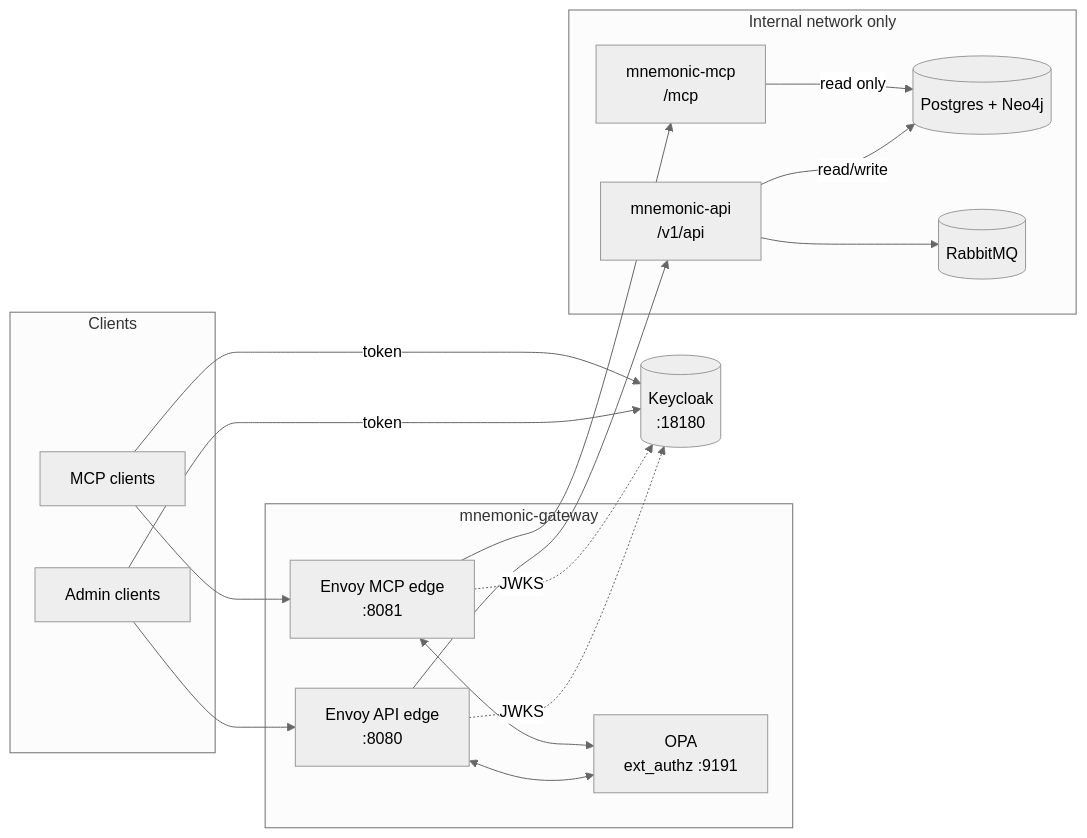
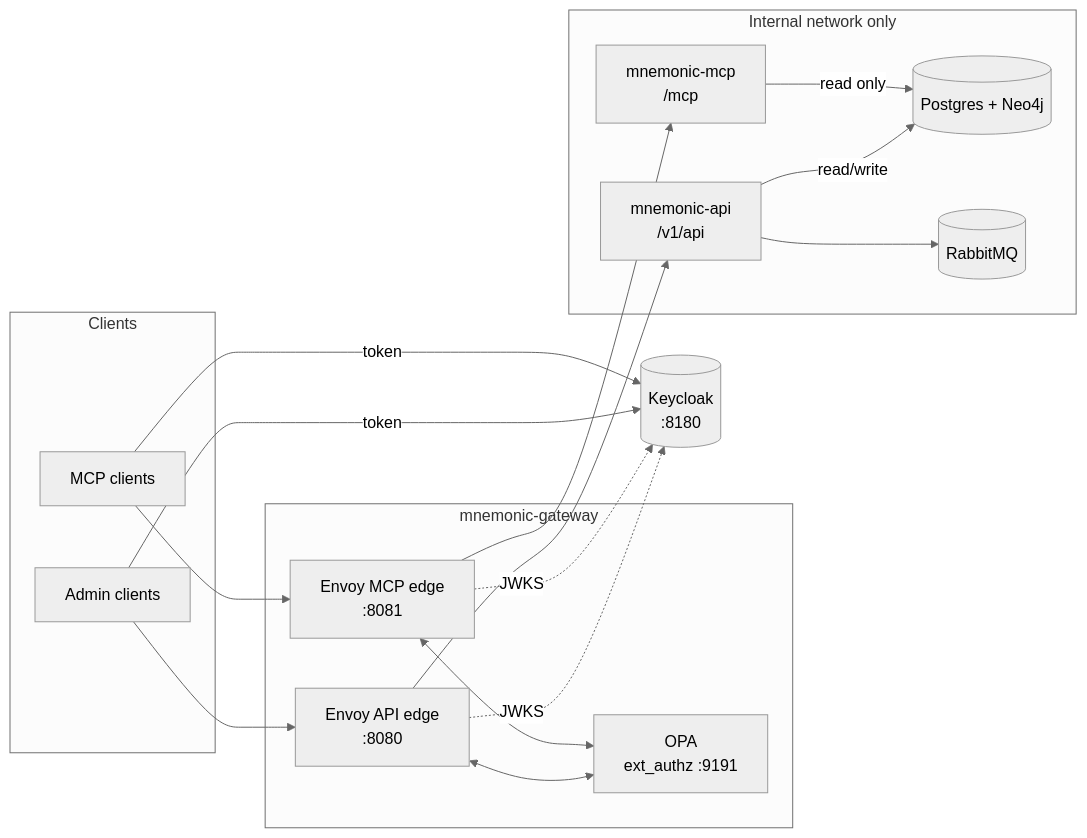
The diagram in gateway/README.md (twistingmercury/mnemonic), drawn with Mermaid (neutral theme) before and after one commit. The commit also changed other lines of this file and 6 other files, not shown here.

````diff
--- a/gateway/README.md
+++ b/gateway/README.md
@@ -9,32 +9,32 @@
 ```mermaid
 flowchart LR
   subgraph clients[Clients]
     mc[MCP clients]
     ac[Admin clients]
   end
-  kc[(Keycloak<br/>:18180)]
+  kc[(Keycloak<br/>:8180)]
   subgraph gw[mnemonic-gateway]
     em[Envoy MCP edge<br/>:8081]
     ea[Envoy API edge<br/>:8080]
     opa[OPA<br/>ext_authz :9191]
   end
   subgraph internal[Internal network only]
     mcp[mnemonic-mcp<br/>/mcp]
     api[mnemonic-api<br/>/v1/api]
     db[(Postgres + Neo4j)]
     mq[(RabbitMQ)]
   end
   mc -- token --> kc
   ac -- token --> kc
   mc --> em
   ac --> ea
   em <--> opa
   ea <--> opa
   em -. JWKS .-> kc
   ea -. JWKS .-> kc
   em --> mcp
   ea --> api
   mcp -- read only --> db
   api -- read/write --> db
   api --> mq
 ```
````
